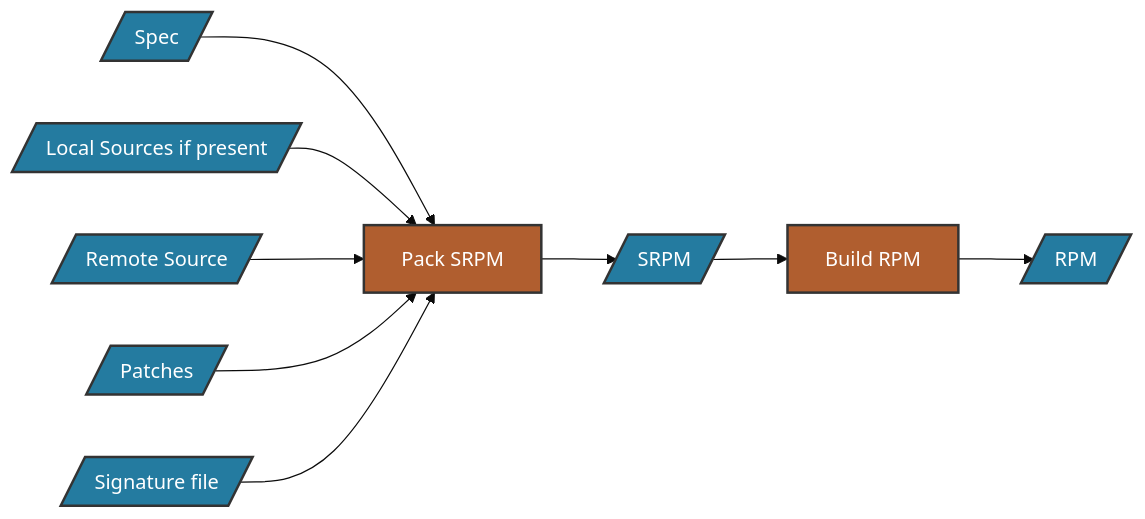
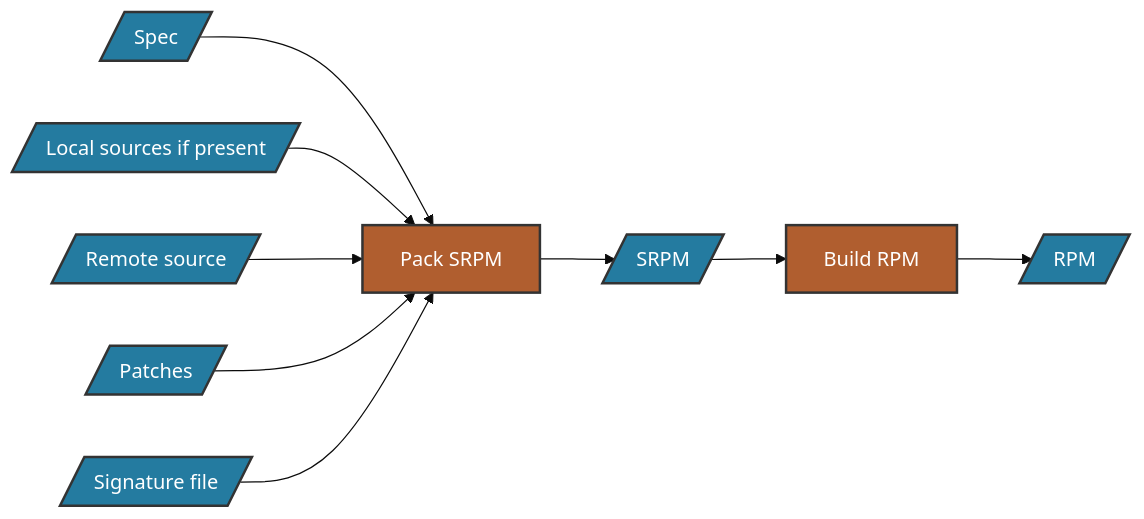
The second of 6 diagrams in toolkit/docs/how_it_works/0_intro.md (microsoft/azurelinux), drawn with Mermaid (base theme) before and after one commit. The commit also changed other lines of this file, not shown here.

Commit message:
Standardize graph link syntax and capitals

````diff
--- a/toolkit/docs/how_it_works/0_intro.md
+++ b/toolkit/docs/how_it_works/0_intro.md
@@ -31,30 +31,30 @@
 ```mermaid
 flowchart LR
     %% style definitions
     classDef io fill:#247BA0,stroke:#333,stroke-width:2px,color:#fff;
     classDef process fill:#B05E2F,stroke:#333,stroke-width:2px,color:#fff;
     classDef decision fill:#51344D,stroke:#333,stroke-width:2px,color:#fff;
     classDef goodState fill:#566E40,stroke:#333,stroke-width:2px,color:#fff;
     classDef badState fill:#BC4B51,stroke:#333,stroke-width:2px,color:#fff;
 
     %% nodes
     spec[/Spec/]:::io
-    localSourceTar[/Local Sources if present/]:::io
+    localSourceTar[/Local sources if present/]:::io
     sigFile[/Signature file/]:::io
-    remoteSourceTar[/Remote Source/]:::io
+    remoteSourceTar[/Remote source/]:::io
     patches[/Patches/]:::io
     pack[Pack SRPM]:::process
     srpm[/SRPM/]:::io
     buildRPM[Build RPM]:::process
     rpm[/RPM/]:::io
 
     %% node flow
     spec --> pack
     localSourceTar --> pack
     remoteSourceTar --> pack
     patches --> pack
     sigFile --> pack
-    pack -->srpm 
+    pack --> srpm 
     srpm --> buildRPM
     buildRPM --> rpm
 ```
````
